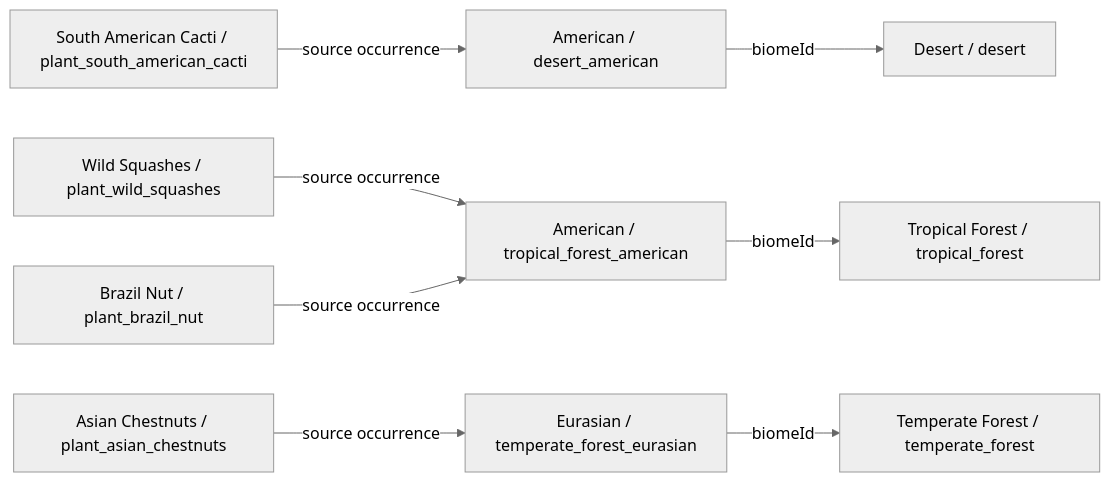
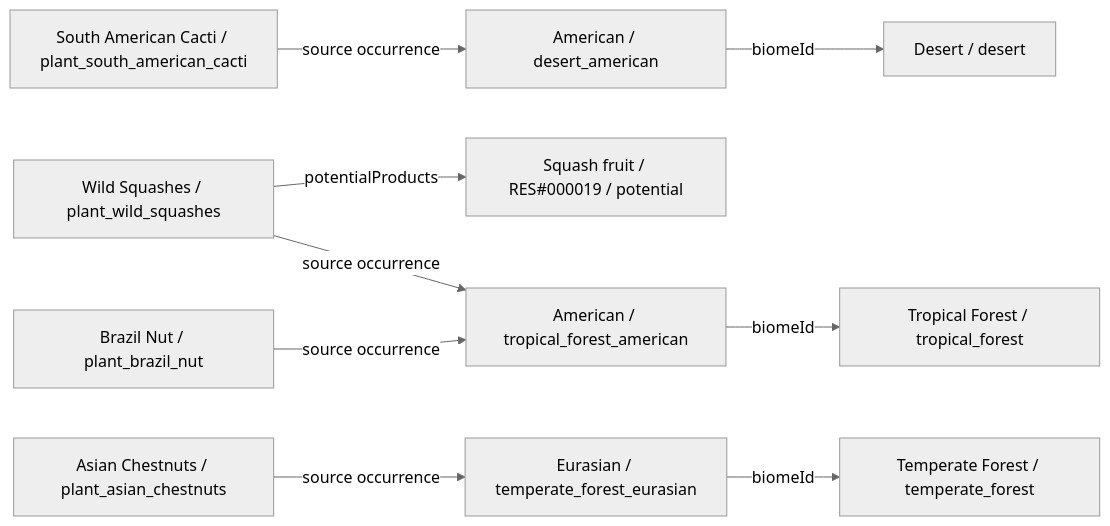
Before and after one commit to fgabo404/EvolveDoc: the ninth of 39 diagrams in data/plants/DIAGRAMS.md, drawn with Mermaid (neutral theme). The commit also changed other lines of this file and 50 other files, not shown here.

````diff
--- a/data/plants/DIAGRAMS.md
+++ b/data/plants/DIAGRAMS.md
@@ -354,20 +358,22 @@
 ```mermaid
 flowchart LR
     c0["South American Cacti / plant_south_american_cacti"]
     v15["American / desert_american"]
     b4["Desert / desert"]
     c1["Wild Squashes / plant_wild_squashes"]
     v0["American / tropical_forest_american"]
     b0["Tropical Forest / tropical_forest"]
+    o1_0["Squash fruit / RES#000019 / potential"]
     c2["Brazil Nut / plant_brazil_nut"]
     c3["Asian Chestnuts / plant_asian_chestnuts"]
     v4["Eurasian / temperate_forest_eurasian"]
     b1["Temperate Forest / temperate_forest"]
     c0 -->|source occurrence| v15
+    c1 -->|potentialProducts| o1_0
     c1 -->|source occurrence| v0
     c2 -->|source occurrence| v0
     c3 -->|source occurrence| v4
     v0 -->|biomeId| b0
     v15 -->|biomeId| b4
     v4 -->|biomeId| b1
 ```
````
